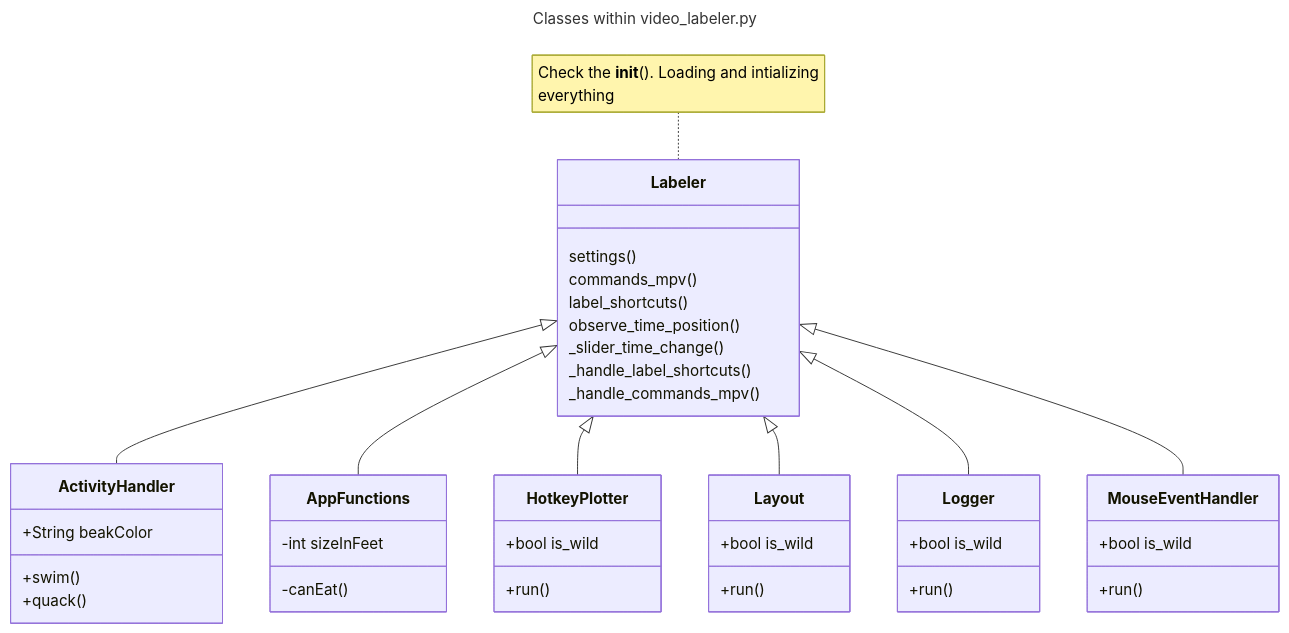
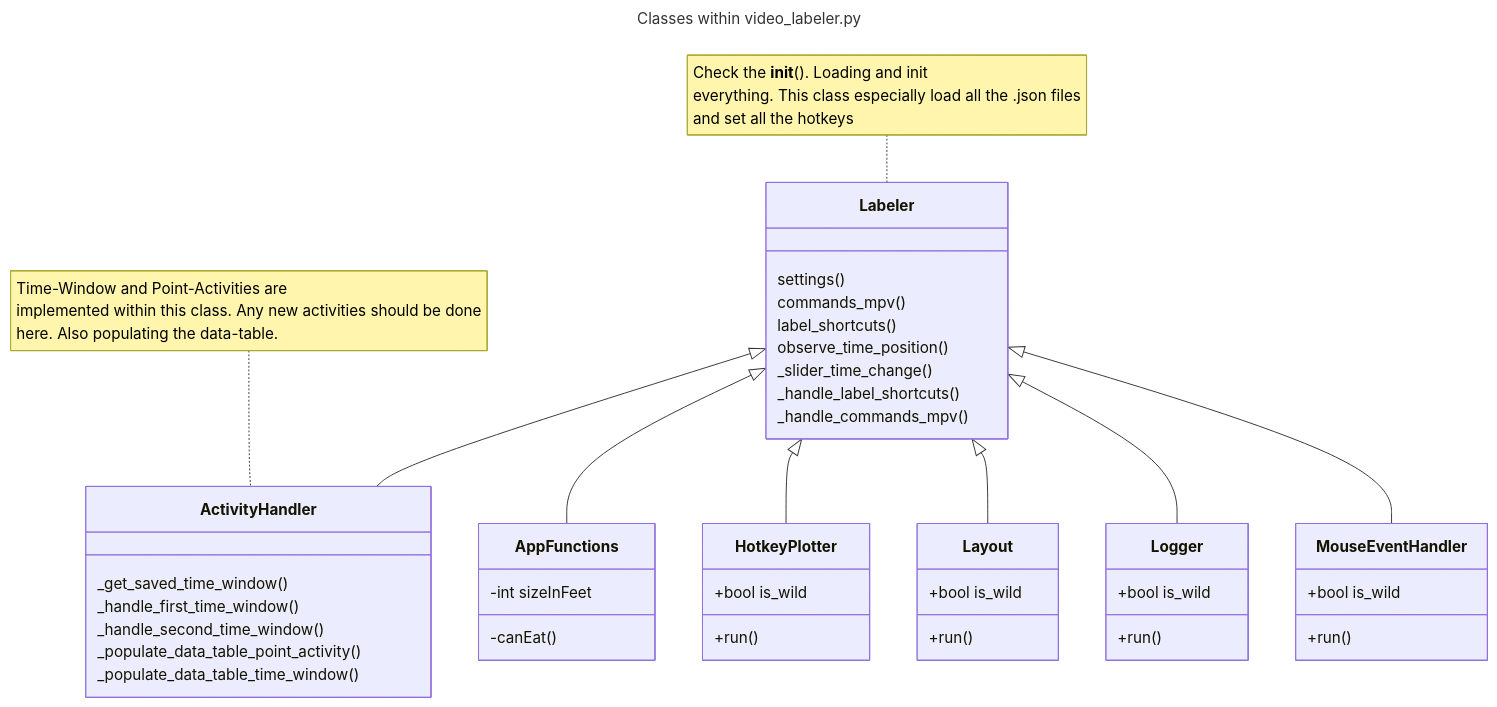
Before and after one commit to VitaliKStud/video-labeler: the diagram in README.md, drawn with Mermaid.

Commit message:
test-markdown

````diff
--- a/README.md
+++ b/README.md
@@ -50,46 +50,52 @@
 ```mermaid
 ---
 title: Classes within video_labeler.py
 ---
 classDiagram
-    note for Labeler "Check the __init__(). Loading and intializing 
-    everything"
+    note for Labeler "Check the __init__(). Loading and init 
+    everything. This class especially load all the .json files
+    and set all the hotkeys"
+    note for ActivityHandler "Time-Window and Point-Activities are
+    implemented within this class. Any new activities should be done
+    here. Also populating the data-table."
     Labeler <|-- ActivityHandler
     Labeler <|-- AppFunctions
     Labeler <|-- HotkeyPlotter
     Labeler <|-- Layout
     Labeler <|-- Logger
     Labeler <|-- MouseEventHandler
     Labeler : settings()
     Labeler : commands_mpv()
     Labeler : label_shortcuts()
     Labeler : observe_time_position()
     Labeler : _slider_time_change()
     Labeler : _handle_label_shortcuts()
     Labeler : _handle_commands_mpv()
     class ActivityHandler{
-        +String beakColor
-        +swim()
-        +quack()
+        _get_saved_time_window()
+        _handle_first_time_window()
+        _handle_second_time_window()
+        _populate_data_table_point_activity()
+        _populate_data_table_time_window()
     }
     class AppFunctions{
         -int sizeInFeet
         -canEat()
     }
     class HotkeyPlotter{
         +bool is_wild
         +run()
     }
     class Layout{
         +bool is_wild
         +run()
     }
     class Logger{
         +bool is_wild
         +run()
     }
     class MouseEventHandler{
         +bool is_wild
         +run()
     }
 ```
````
